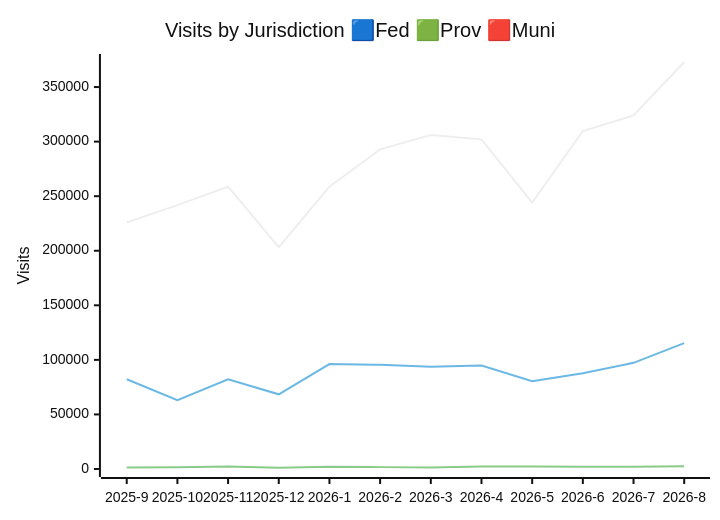
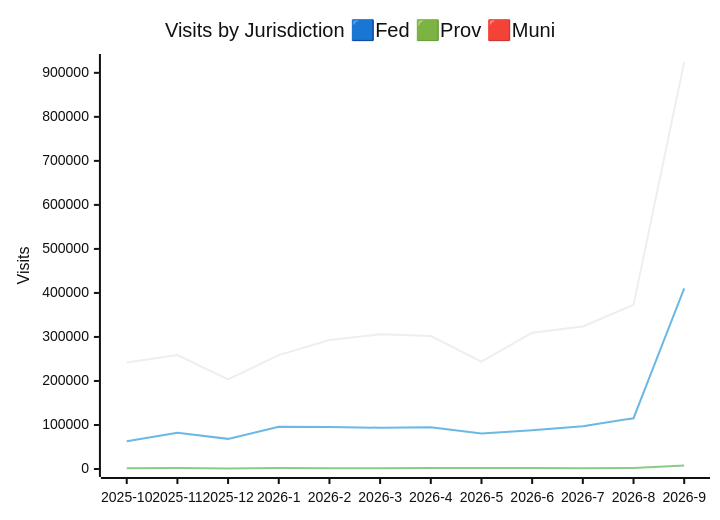
One commit to PatLittle/analytics-corporate-reporting changed the second of 3 diagrams in JURISDICTION_ANALYTICS_REPORT/readme.md. Above: the diagram before and after it, drawn with Mermaid (neutral theme). The commit also changed other lines of this file and 2 other files, not shown here.

````diff
--- a/JURISDICTION_ANALYTICS_REPORT/readme.md
+++ b/JURISDICTION_ANALYTICS_REPORT/readme.md
@@ -27,10 +27,10 @@
 ```mermaid
 
 xychart-beta
     title "Visits by Jurisdiction 🟦Fed 🟩Prov 🟥Muni"
-    x-axis [2025-9, 2025-10, 2025-11, 2025-12, 2026-1, 2026-2, 2026-3, 2026-4, 2026-5, 2026-6, 2026-7, 2026-8]
-    y-axis "Visits" 0 --> 372959
-    line [225944, 241848, 258794, 203364, 258745, 292899, 306031, 302089, 244095, 309690, 323942, 372949]
-    line [82201, 63094, 82126, 68457, 96139, 95518, 93765, 94825, 80526, 87765, 97305, 115340]
-    line [1472, 1717, 2282, 1200, 2113, 1718, 1475, 2389, 2241, 2036, 1954, 2432]
+    x-axis [2025-10, 2025-11, 2025-12, 2026-1, 2026-2, 2026-3, 2026-4, 2026-5, 2026-6, 2026-7, 2026-8, 2026-9]
+    y-axis "Visits" 0 --> 924593
+    line [241848, 258794, 203364, 258745, 292899, 306031, 302089, 244095, 309690, 323942, 372949, 924583]
+    line [63094, 82126, 68457, 96139, 95518, 93765, 94825, 80526, 87765, 97305, 115340, 410453]
+    line [1717, 2282, 1200, 2113, 1718, 1475, 2389, 2241, 2036, 1954, 2432, 7862]
 ```
````
